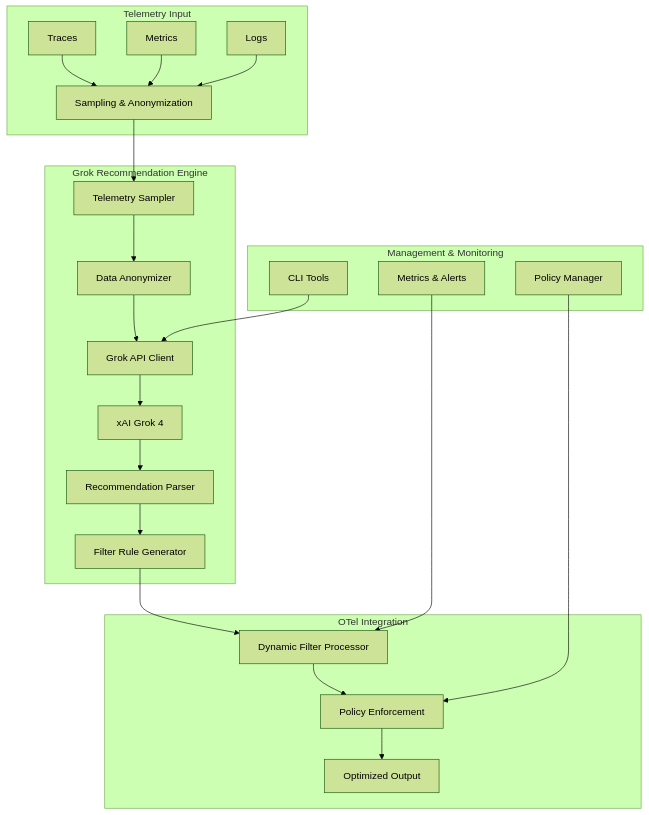
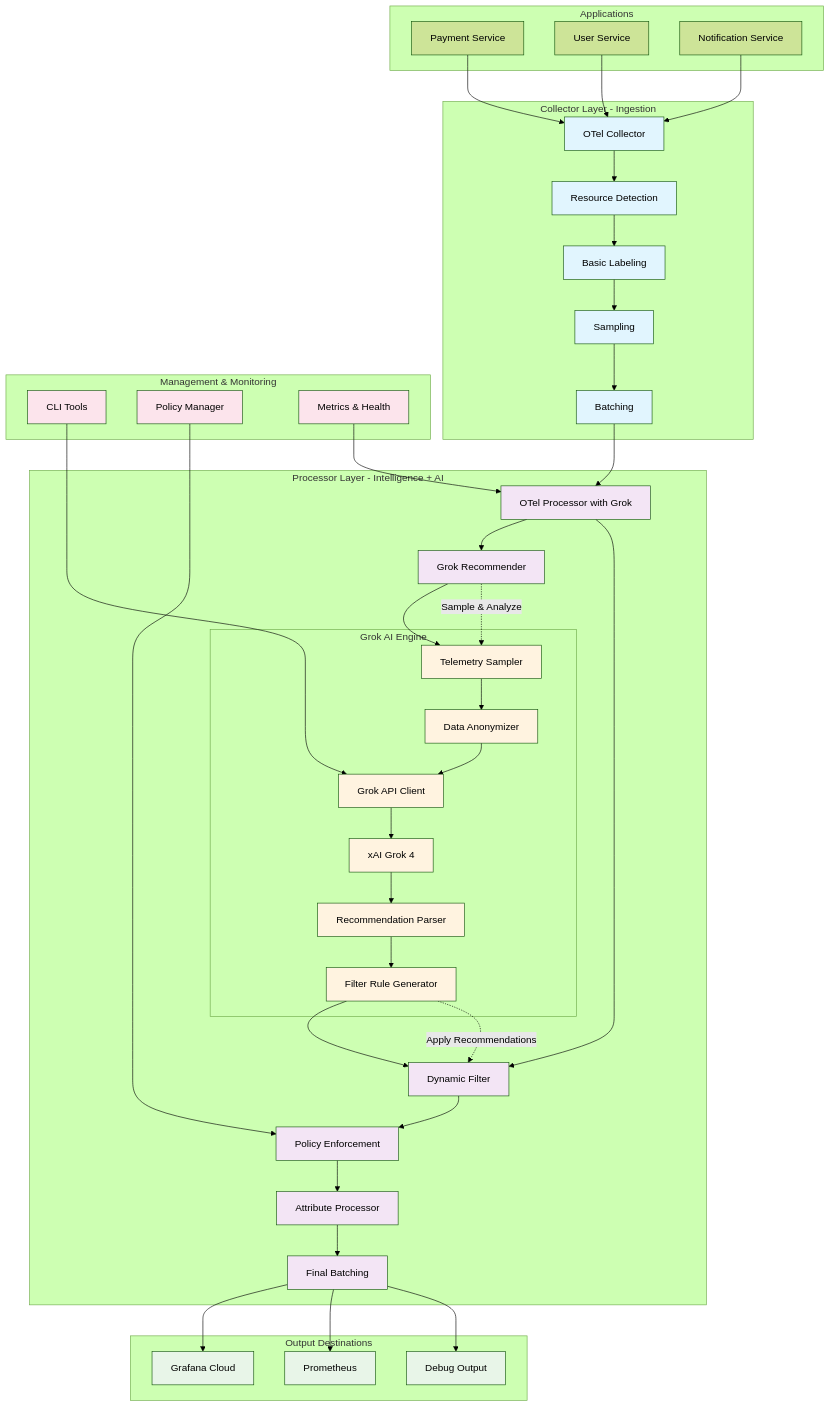
One commit to ChaosKyle/otel-dynamic-processors-lab changed the second of 2 diagrams in README.md. Above: the diagram before and after it, drawn with Mermaid (forest theme).

Commit message:
diagram fix

````diff
--- a/README.md
+++ b/README.md
@@ -416,29 +416,90 @@
 ```mermaid
 graph TB
-    subgraph "Telemetry Input"
-        A[Traces] --> D[Sampling & Anonymization]
-        B[Metrics] --> D
-        C[Logs] --> D
+    subgraph "Applications"
+        APP1[Payment Service]
+        APP2[User Service] 
+        APP3[Notification Service]
     end
     
-    subgraph "Grok Recommendation Engine"
-        D --> E[Telemetry Sampler]
-        E --> F[Data Anonymizer]
-        F --> G[Grok API Client]
-        G --> H[xAI Grok 4]
-        H --> I[Recommendation Parser]
-        I --> J[Filter Rule Generator]
+    subgraph "Collector Layer - Ingestion"
+        COL[OTel Collector]
+        COL1[Resource Detection]
+        COL2[Basic Labeling]
+        COL3[Sampling]
+        COL4[Batching]
     end
     
-    subgraph "OTel Integration"
-        J --> K[Dynamic Filter Processor]
-        K --> L[Policy Enforcement]
-        L --> M[Optimized Output]
+    subgraph "Processor Layer - Intelligence + AI"
+        PROC[OTel Processor with Grok]
+        GROK[Grok Recommender]
+        
+        subgraph "Grok AI Engine"
+            SAMP[Telemetry Sampler]
+            ANON[Data Anonymizer]
+            API[Grok API Client]
+            AI[xAI Grok 4]
+            PARSE[Recommendation Parser]
+            RULES[Filter Rule Generator]
+        end
+        
+        FILTER[Dynamic Filter]
+        POLICY[Policy Enforcement]
+        ATTR[Attribute Processor]
+        BATCH[Final Batching]
+    end
+    
+    subgraph "Output Destinations"
+        GRAFANA[Grafana Cloud]
+        PROM[Prometheus]
+        DEBUG[Debug Output]
     end
     
     subgraph "Management & Monitoring"
-        N[CLI Tools] --> G
-        O[Policy Manager] --> L
-        P[Metrics & Alerts] --> K
+        CLI[CLI Tools]
+        POL[Policy Manager]
+        METRICS[Metrics & Health]
     end
+    
+    %% Data flow
+    APP1 --> COL
+    APP2 --> COL
+    APP3 --> COL
+    
+    COL --> COL1 --> COL2 --> COL3 --> COL4
+    COL4 --> PROC
+    
+    %% Processor internal flow
+    PROC --> GROK
+    GROK --> SAMP --> ANON --> API --> AI
+    AI --> PARSE --> RULES
+    RULES --> FILTER
+    
+    PROC --> FILTER --> POLICY --> ATTR --> BATCH
+    
+    %% AI feedback loop
+    GROK -.->|Sample & Analyze| SAMP
+    RULES -.->|Apply Recommendations| FILTER
+    
+    %% Output
+    BATCH --> GRAFANA
+    BATCH --> PROM
+    BATCH --> DEBUG
+    
+    %% Management
+    CLI --> API
+    POL --> POLICY
+    METRICS --> PROC
+    
+    %% Styling
+    classDef collector fill:#e1f5fe
+    classDef processor fill:#f3e5f5
+    classDef ai fill:#fff3e0
+    classDef output fill:#e8f5e8
+    classDef mgmt fill:#fce4ec
+    
+    class COL,COL1,COL2,COL3,COL4 collector
+    class PROC,GROK,FILTER,POLICY,ATTR,BATCH processor
+    class SAMP,ANON,API,AI,PARSE,RULES ai
+    class GRAFANA,PROM,DEBUG output
+    class CLI,POL,METRICS mgmt
 ```
````
